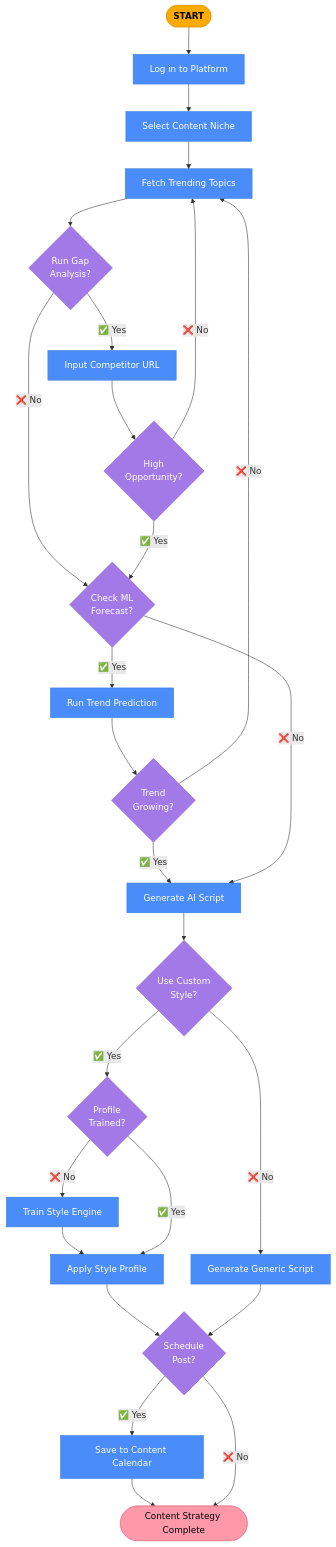
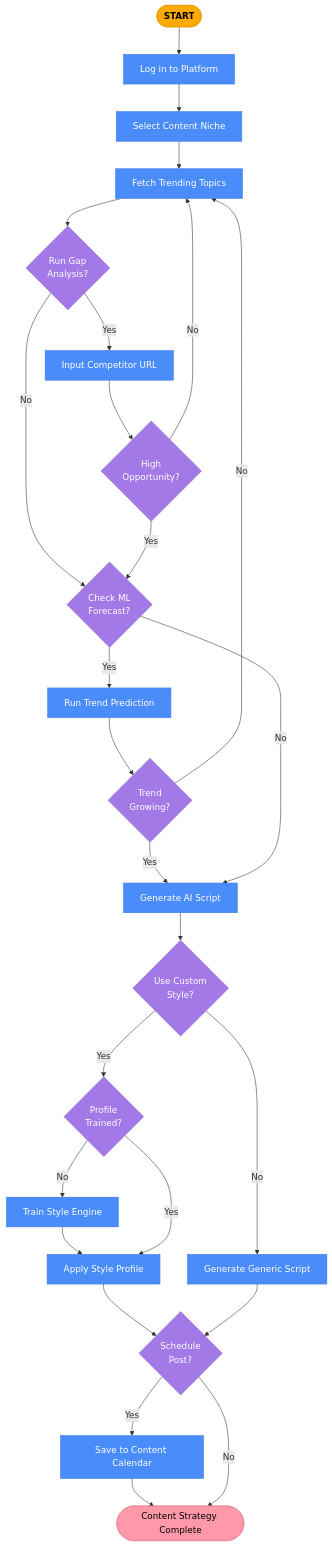
The diagram in docs/Consumer_Flow.md (eimun/Trendora), drawn with Mermaid before and after one commit.

Commit message:
docs: remove emojis from yes/no lines in Consumer Flow Diagram

````diff
--- a/docs/Consumer_Flow.md
+++ b/docs/Consumer_Flow.md
@@ -5,73 +5,73 @@
 ```mermaid
 flowchart TD
     %% Custom styling based on the reference image
     classDef startNode fill:#ffaa00,stroke:#e69900,stroke-width:1px,color:#000,font-weight:bold,rx:5px,ry:5px
     classDef actionNode fill:#4b8cfb,stroke:#3a7be0,stroke-width:1px,color:#fff
     classDef decisionNode fill:#a279e6,stroke:#8f65d1,stroke-width:1px,color:#fff
     classDef endNode fill:#ff99aa,stroke:#e68193,stroke-width:1px,color:#000,rx:5px,ry:5px
 
     START([START]):::startNode
     
     LOGIN[Log in to Platform]:::actionNode
     START --> LOGIN
     
     NICHE[Select Content Niche]:::actionNode
     LOGIN --> NICHE
     
     FETCH_TRENDS[Fetch Trending Topics]:::actionNode
     NICHE --> FETCH_TRENDS
     
     GAP{Run Gap<br/>Analysis?}:::decisionNode
     FETCH_TRENDS --> GAP
     
     INPUT_COMP[Input Competitor URL]:::actionNode
-    GAP -->|✅ Yes| INPUT_COMP
+    GAP -->|Yes| INPUT_COMP
     
     IS_GAP{High<br/>Opportunity?}:::decisionNode
     INPUT_COMP --> IS_GAP
     
-    IS_GAP -->|❌ No| FETCH_TRENDS
+    IS_GAP -->|No| FETCH_TRENDS
     
     PRED{Check ML<br/>Forecast?}:::decisionNode
-    GAP -->|❌ No| PRED
-    IS_GAP -->|✅ Yes| PRED
+    GAP -->|No| PRED
+    IS_GAP -->|Yes| PRED
     
     RUN_PRED[Run Trend Prediction]:::actionNode
-    PRED -->|✅ Yes| RUN_PRED
+    PRED -->|Yes| RUN_PRED
     
     IS_GROWTH{Trend<br/>Growing?}:::decisionNode
     RUN_PRED --> IS_GROWTH
     
-    IS_GROWTH -->|❌ No| FETCH_TRENDS
+    IS_GROWTH -->|No| FETCH_TRENDS
     
     GENERATE[Generate AI Script]:::actionNode
-    IS_GROWTH -->|✅ Yes| GENERATE
-    PRED -->|❌ No| GENERATE
+    IS_GROWTH -->|Yes| GENERATE
+    PRED -->|No| GENERATE
     
     STYLE{Use Custom<br/>Style?}:::decisionNode
     GENERATE --> STYLE
     
     HAS_PROFILE{Profile<br/>Trained?}:::decisionNode
-    STYLE -->|✅ Yes| HAS_PROFILE
+    STYLE -->|Yes| HAS_PROFILE
     
     TRAIN_STYLE[Train Style Engine]:::actionNode
-    HAS_PROFILE -->|❌ No| TRAIN_STYLE
+    HAS_PROFILE -->|No| TRAIN_STYLE
     
     PERS_SCRIPT[Apply Style Profile]:::actionNode
     TRAIN_STYLE --> PERS_SCRIPT
-    HAS_PROFILE -->|✅ Yes| PERS_SCRIPT
+    HAS_PROFILE -->|Yes| PERS_SCRIPT
     
     GEN_GENERIC[Generate Generic Script]:::actionNode
-    STYLE -->|❌ No| GEN_GENERIC
+    STYLE -->|No| GEN_GENERIC
     
     CALENDAR{Schedule<br/>Post?}:::decisionNode
     PERS_SCRIPT --> CALENDAR
     GEN_GENERIC --> CALENDAR
     
     SAVE_POST[Save to Content Calendar]:::actionNode
-    CALENDAR -->|✅ Yes| SAVE_POST
+    CALENDAR -->|Yes| SAVE_POST
     
     END([Content Strategy Complete]):::endNode
     SAVE_POST --> END
-    CALENDAR -->|❌ No| END
+    CALENDAR -->|No| END
 ```
````
